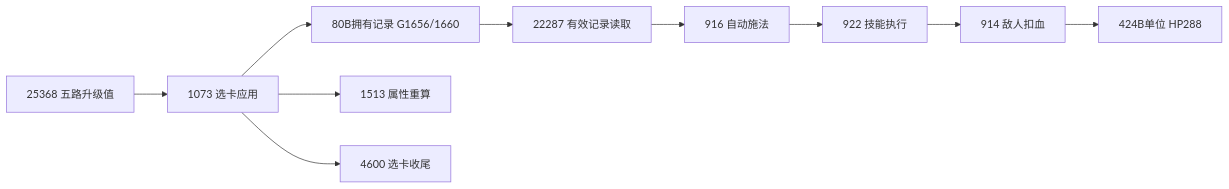
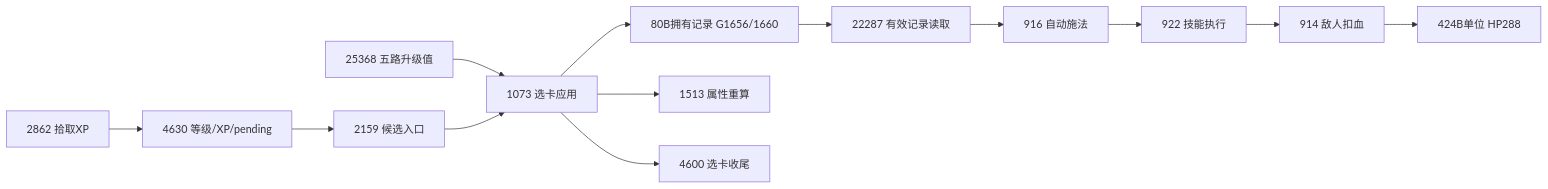
One commit to al90slj23/azeroth-ports changed the first of 3 diagrams in reverse-engineering/CORE_MAP.md. Above: the diagram before and after it, drawn with Mermaid. The commit also changed other lines of this file and 15 other files, not shown here.

````diff
--- a/reverse-engineering/CORE_MAP.md
+++ b/reverse-engineering/CORE_MAP.md
@@ -7,12 +7,15 @@
 ```mermaid
 flowchart LR
     Select[1073 选卡应用] --> Owned[80B拥有记录 G1656/1660]
     Upgrade[25368 五路升级值] --> Select
     Owned --> Resolve[22287 有效记录读取]
     Resolve --> Tick[916 自动施法]
     Tick --> Cast[922 技能执行]
     Cast --> Damage[914 敌人扣血]
     Damage --> HP[424B单位 HP288]
+    Pickup[2862 拾取XP] --> XP[4630 等级/XP/pending]
+    XP --> Choices[2159 候选入口]
+    Choices --> Select
     Select --> Stats[1513 属性重算]
     Select --> Finish[4600 选卡收尾]
 ```
````
